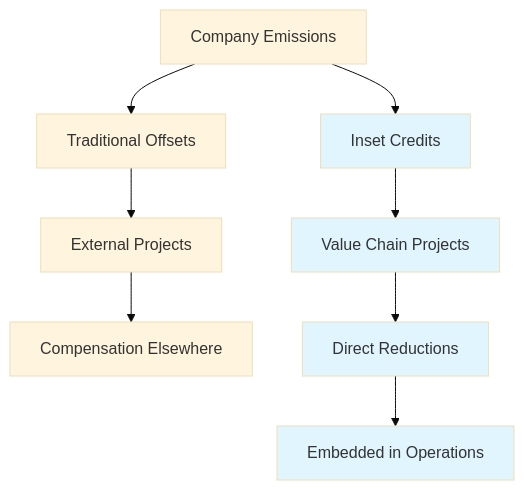
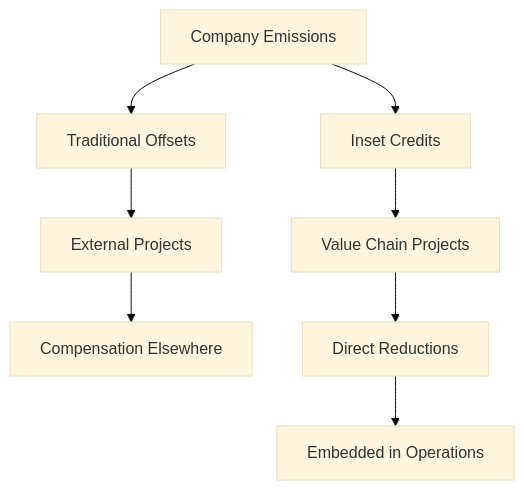
The first of 4 diagrams in Insetting.md (co3org/Industrial-Decarbonization), drawn with Mermaid (base theme) before and after one commit. The commit also changed other lines of this file, not shown here.

Commit message:
Insetting diagrams fixes

````diff
--- a/Insetting.md
+++ b/Insetting.md
@@ -16,16 +16,11 @@
 ```mermaid
 graph TD
     A[Company Emissions] --> B[Traditional Offsets]
     B --> C[External Projects]
     C --> D[Compensation Elsewhere]
     
     A --> E[Inset Credits]
     E --> F[Value Chain Projects]
     F --> G[Direct Reductions]
     G --> H[Embedded in Operations]
-    
-    style E fill:#e1f5fe
-    style F fill:#e1f5fe
-    style G fill:#e1f5fe
-    style H fill:#e1f5fe
 ```
````
